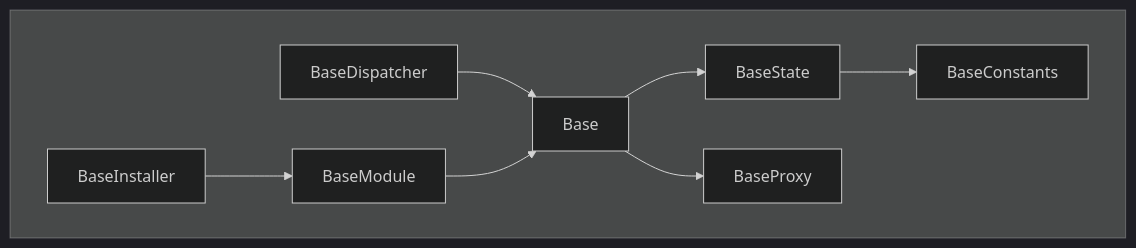
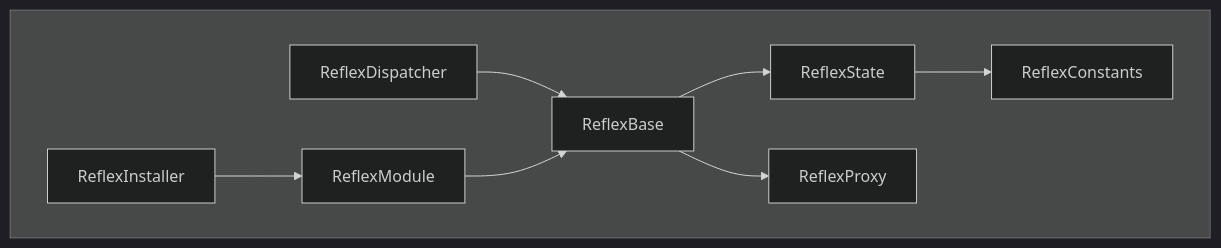
Before and after one commit to chromaxyz/reflex: the diagram in README.md, drawn with Mermaid (dark theme). The commit also changed other lines of this file and 38 other files, not shown here.

````diff
--- a/README.md
+++ b/README.md
@@ -64,12 +64,12 @@
 ```mermaid
 graph TD
     subgraph Framework [ ]
 
-    BaseInstaller --> BaseModule
-    BaseDispatcher --> Base
-    BaseModule --> Base
-    Base --> BaseState
-    Base --> BaseProxy
-    BaseState --> BaseConstants
+    ReflexInstaller --> ReflexModule
+    ReflexDispatcher --> ReflexBase
+    ReflexModule --> ReflexBase
+    ReflexBase --> ReflexState
+    ReflexBase --> ReflexProxy
+    ReflexState --> ReflexConstants
     end
 ```
````
